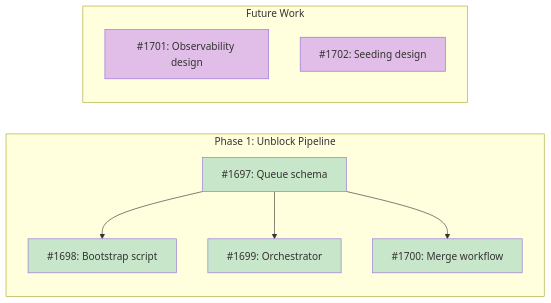
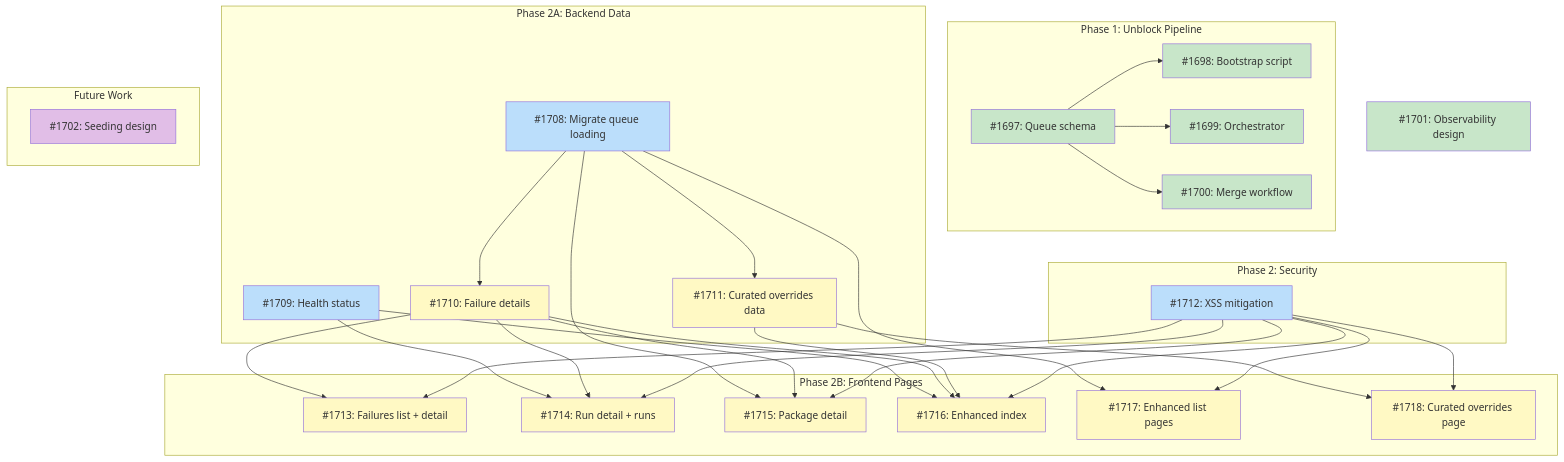
One commit to tsukumogami/tsuku changed the first of 4 diagrams in docs/designs/DESIGN-pipeline-dashboard.md. Above: the diagram before and after it, drawn with Mermaid. The commit also changed other lines of this file, not shown here.

Commit message:
docs(pipeline-dashboard): mark #1701 done and add dashboard-observability milestone

````diff
--- a/docs/designs/DESIGN-pipeline-dashboard.md
+++ b/docs/designs/DESIGN-pipeline-dashboard.md
@@ -54,29 +81,67 @@
 ```mermaid
-graph LR
+graph TD
     subgraph Phase1["Phase 1: Unblock Pipeline"]
         I1697["#1697: Queue schema"]
         I1698["#1698: Bootstrap script"]
         I1699["#1699: Orchestrator"]
         I1700["#1700: Merge workflow"]
     end
 
+    I1701["#1701: Observability design"]
+
+    subgraph Phase2A["Phase 2A: Backend Data"]
+        I1708["#1708: Migrate queue loading"]
+        I1709["#1709: Health status"]
+        I1710["#1710: Failure details"]
+        I1711["#1711: Curated overrides data"]
+    end
+
+    subgraph Phase2S["Phase 2: Security"]
+        I1712["#1712: XSS mitigation"]
+    end
+
+    subgraph Phase2B["Phase 2B: Frontend Pages"]
+        I1713["#1713: Failures list + detail"]
+        I1714["#1714: Run detail + runs"]
+        I1715["#1715: Package detail"]
+        I1716["#1716: Enhanced index"]
+        I1717["#1717: Enhanced list pages"]
+        I1718["#1718: Curated overrides page"]
+    end
+
     subgraph Future["Future Work"]
-        I1701["#1701: Observability design"]
         I1702["#1702: Seeding design"]
     end
 
     I1697 --> I1698
     I1697 --> I1699
     I1697 --> I1700
+    I1708 --> I1710
+    I1708 --> I1711
+    I1708 --> I1715
+    I1708 --> I1717
+    I1710 --> I1713
+    I1712 --> I1713
+    I1709 --> I1714
+    I1710 --> I1714
+    I1712 --> I1714
+    I1710 --> I1715
+    I1712 --> I1715
+    I1709 --> I1716
+    I1710 --> I1716
+    I1711 --> I1716
+    I1712 --> I1716
+    I1712 --> I1717
+    I1711 --> I1718
+    I1712 --> I1718
 
     classDef done fill:#c8e6c9
     classDef ready fill:#bbdefb
     classDef blocked fill:#fff9c4
     classDef needsDesign fill:#e1bee7
 
-    class I1697 done
-    class I1698 done
-    class I1699 done
-    class I1700 done
-    class I1701,I1702 needsDesign
+    class I1697,I1698,I1699,I1700,I1701 done
+    class I1708,I1709,I1712 ready
+    class I1710,I1711,I1713,I1714,I1715,I1716,I1717,I1718 blocked
+    class I1702 needsDesign
 ```
````
